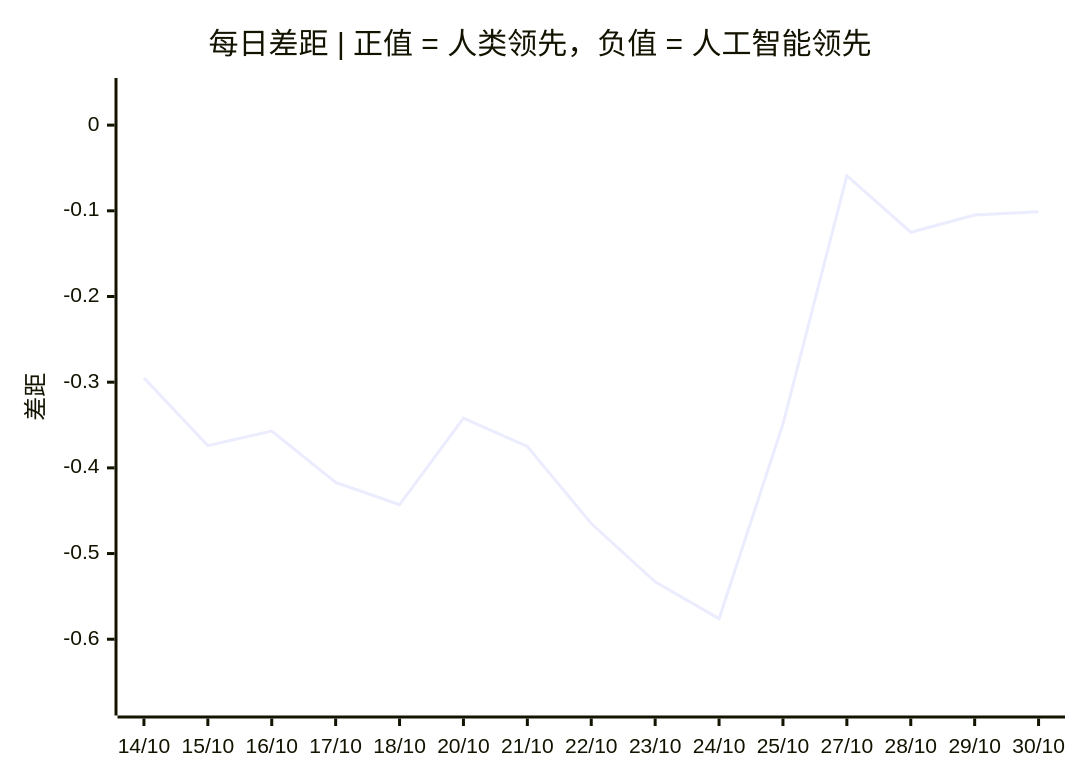
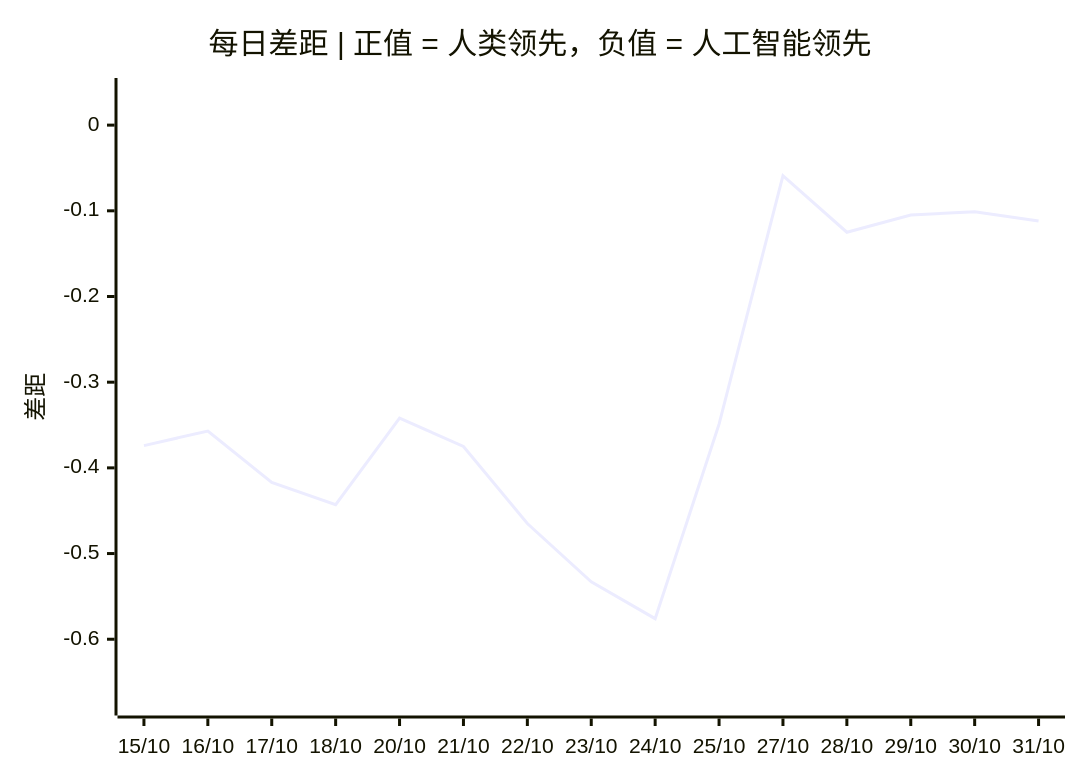
The third of 3 diagrams in README.zh.md (VQQLK/Human-AI-Monitor), drawn with Mermaid before and after one commit. The commit also changed other lines of this file and 3 other files, not shown here.

````diff
--- a/README.zh.md
+++ b/README.zh.md
@@ -56,7 +56,7 @@
 ```mermaid
 xychart-beta
     title "每日差距 | 正值 = 人类领先，负值 = 人工智能领先"
-    x-axis ["14/10", "15/10", "16/10", "17/10", "18/10", "20/10", "21/10", "22/10", "23/10", "24/10", "25/10", "27/10", "28/10", "29/10", "30/10"]
+    x-axis ["15/10", "16/10", "17/10", "18/10", "20/10", "21/10", "22/10", "23/10", "24/10", "25/10", "27/10", "28/10", "29/10", "30/10", "31/10"]
     y-axis "差距" -0.675 --> 0.041
-    line [-0.295, -0.374, -0.357, -0.417, -0.443, -0.342, -0.375, -0.465, -0.533, -0.576, -0.349, -0.059, -0.125, -0.105, -0.101]
+    line [-0.374, -0.357, -0.417, -0.443, -0.342, -0.375, -0.465, -0.533, -0.576, -0.349, -0.059, -0.125, -0.105, -0.101, -0.112]
 ```
````
